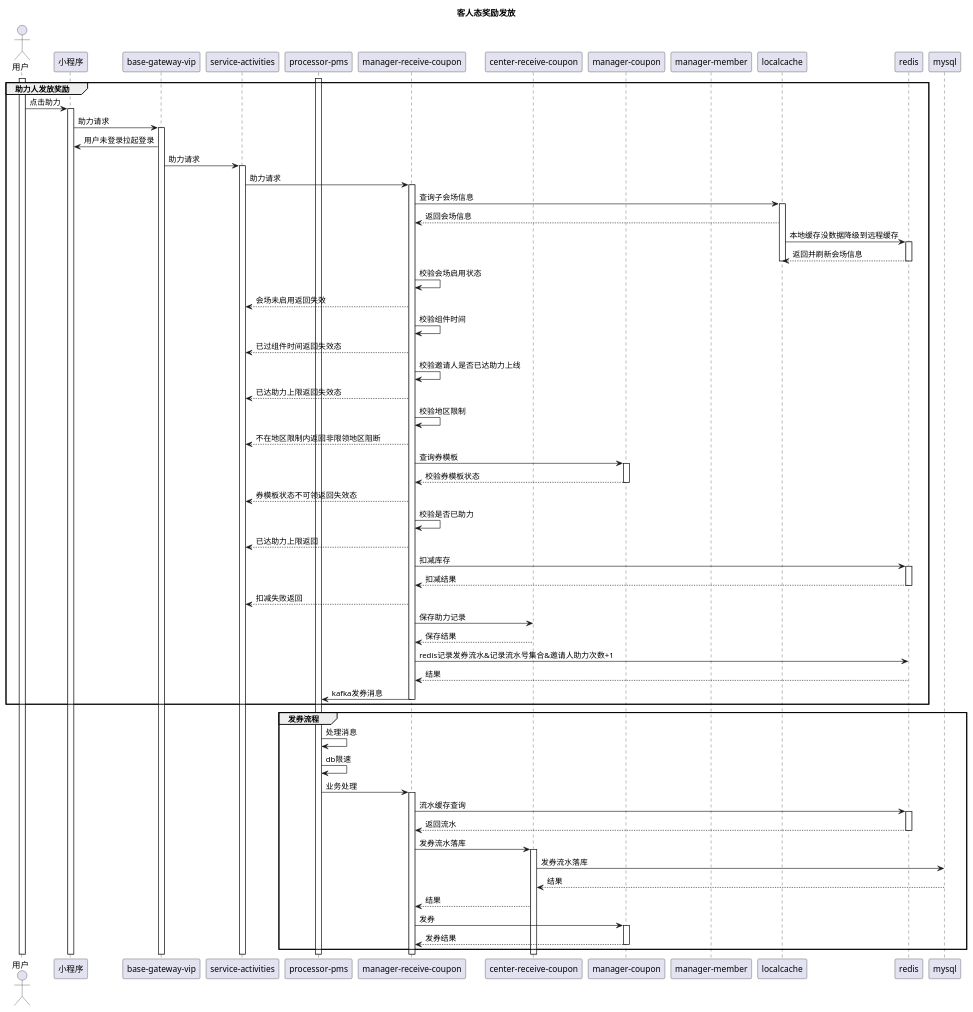
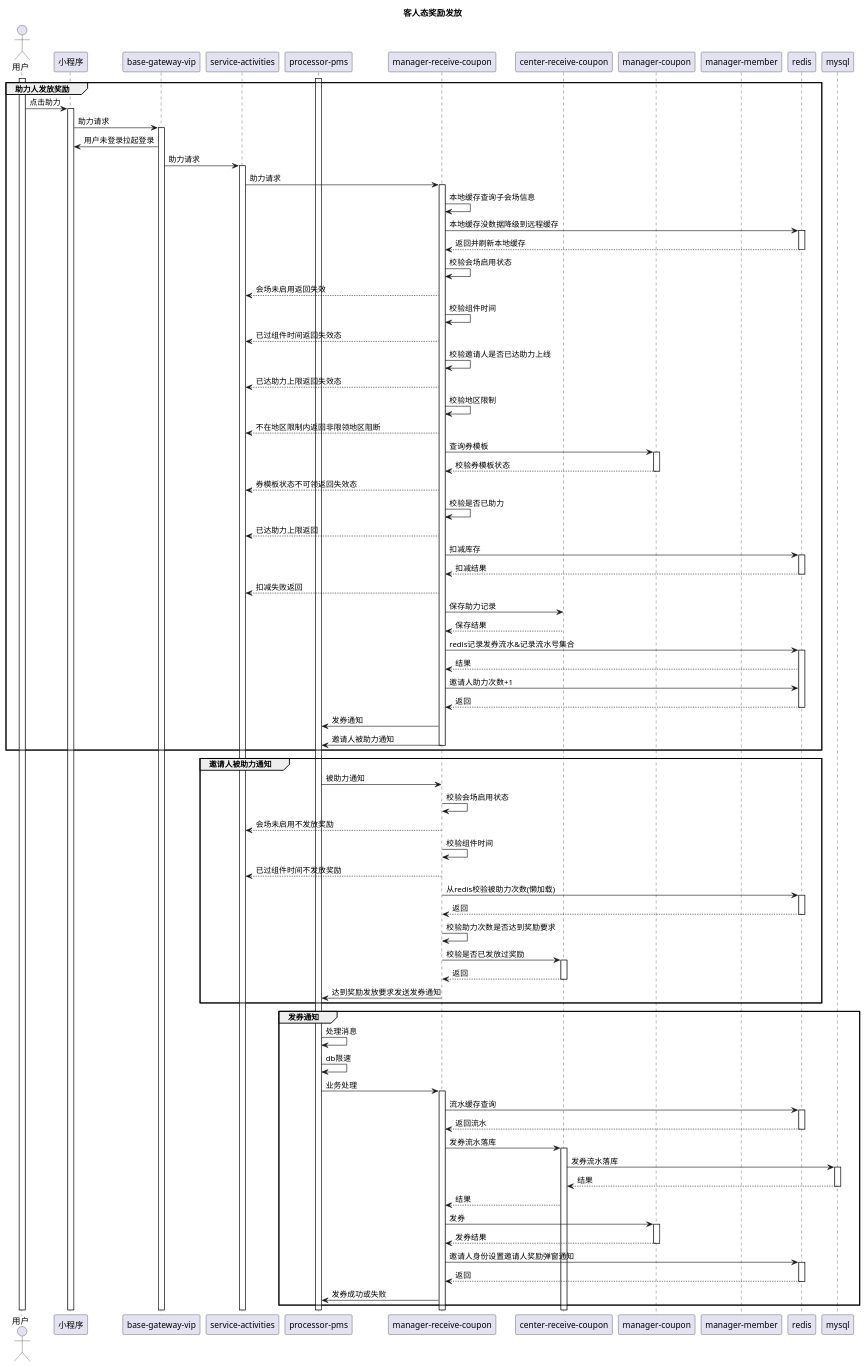
Before and after one commit to glfmslf/st: the second of 2 diagrams in src/main/uml/裂变组件会场页.puml, drawn with PlantUML. The commit also changed other lines of this file and 2 other files, not shown here.

```diff
--- a/src/main/uml/裂变组件会场页.puml
+++ b/src/main/uml/裂变组件会场页.puml
@@ -101,85 +99,109 @@
 @startuml
 title 客人态奖励发放
 actor   用户 as  user order 1
 participant 小程序 as client order 10
 participant "base-gateway-vip" as bgv order 25
 participant "service-activities" as sa order 30
 participant "manager-receive-coupon" as mrc order 40
 participant  "center-receive-coupon"  as  crc order 50
 participant "processor-pms" as pp order 35
 participant "manager-coupon" as mc order 53
 participant "manager-member" as mm order 55
-participant localcache order 60
 participant redis order 70
 participant mysql order 100
 group 助力人发放奖励
 activate user
 user -> client:点击助力
 activate client
 client -> bgv:助力请求
 activate bgv
 bgv -> client: 用户未登录拉起登录
 bgv -> sa:助力请求
 activate sa
 sa -> mrc:助力请求
 activate mrc
-mrc -> localcache:查询子会场信息
-activate localcache
-localcache --> mrc:返回会场信息
-localcache -> redis:本地缓存没数据降级到远程缓存
+mrc -> mrc:本地缓存查询子会场信息
+mrc -> redis:本地缓存没数据降级到远程缓存
 activate redis
-redis --> localcache:返回并刷新会场信息
+redis --> mrc:返回并刷新本地缓存
 deactivate redis
-deactivate localcache
 mrc -> mrc:校验会场启用状态
 mrc --> sa:会场未启用返回失效
 mrc -> mrc:校验组件时间
 mrc --> sa:已过组件时间返回失效态
 mrc -> mrc:校验邀请人是否已达助力上线
 mrc --> sa:已达助力上限返回失效态
 mrc -> mrc:校验地区限制
 mrc-->sa:不在地区限制内返回非限领地区阻断
 mrc -> mc:查询券模板
 activate mc
 mc --> mrc:校验券模板状态
 deactivate mc
 mrc --> sa:券模板状态不可领返回失效态
 mrc -> mrc:校验是否已助力
 mrc --> sa:已达助力上限返回
 mrc -> redis:扣减库存
 activate redis
 redis --> mrc:扣减结果
 deactivate redis
 mrc --> sa:扣减失败返回
 mrc -> crc:保存助力记录
 crc --> mrc:保存结果
-mrc ->redis:redis记录发券流水&记录流水号集合&邀请人助力次数+1
+mrc ->redis:redis记录发券流水&记录流水号集合
+activate redis
 redis --> mrc:结果
-mrc -> pp:kafka发券消息
+mrc -> redis:邀请人助力次数+1
+redis --> mrc :返回
+deactivate redis
+mrc -> pp:发券通知
+mrc -> pp:邀请人被助力通知
 deactivate mrc
 end
-group 发券流程
+group 邀请人被助力通知
+pp -> mrc:被助力通知
+mrc -> mrc:校验会场启用状态
+mrc --> sa:会场未启用不发放奖励
+mrc -> mrc:校验组件时间
+mrc --> sa:已过组件时间不发放奖励
+mrc -> redis:从redis校验被助力次数(懒加载)
+activate redis
+redis --> mrc:返回
+deactivate redis
+mrc -> mrc:校验助力次数是否达到奖励要求
+mrc -> crc:校验是否已发放过奖励
+activate crc
+crc --> mrc:返回
+deactivate crc
+
+mrc -> pp:达到奖励发放要求发送发券通知
+
+end
+group 发券通知
 activate pp
 pp -> pp:处理消息
 pp -> pp:db限速
 pp -> mrc:业务处理
 activate mrc
 mrc -> redis:流水缓存查询
 activate redis
 redis --> mrc:返回流水
 deactivate redis
 mrc -> crc:发券流水落库
 activate crc
 crc -> mysql:发券流水落库
+activate mysql
 mysql --> crc:结果
+deactivate mysql
 crc -->mrc:结果
 mrc -> mc:发券
 activate mc
 mc --> mrc:发券结果
 deactivate mc
-
+mrc -> redis:邀请人身份设置邀请人奖励弹窗通知
+activate redis
+redis --> mrc:返回
+deactivate redis
+mrc -> pp:发券成功或失败
 end
 
-
-
 @enduml
```
